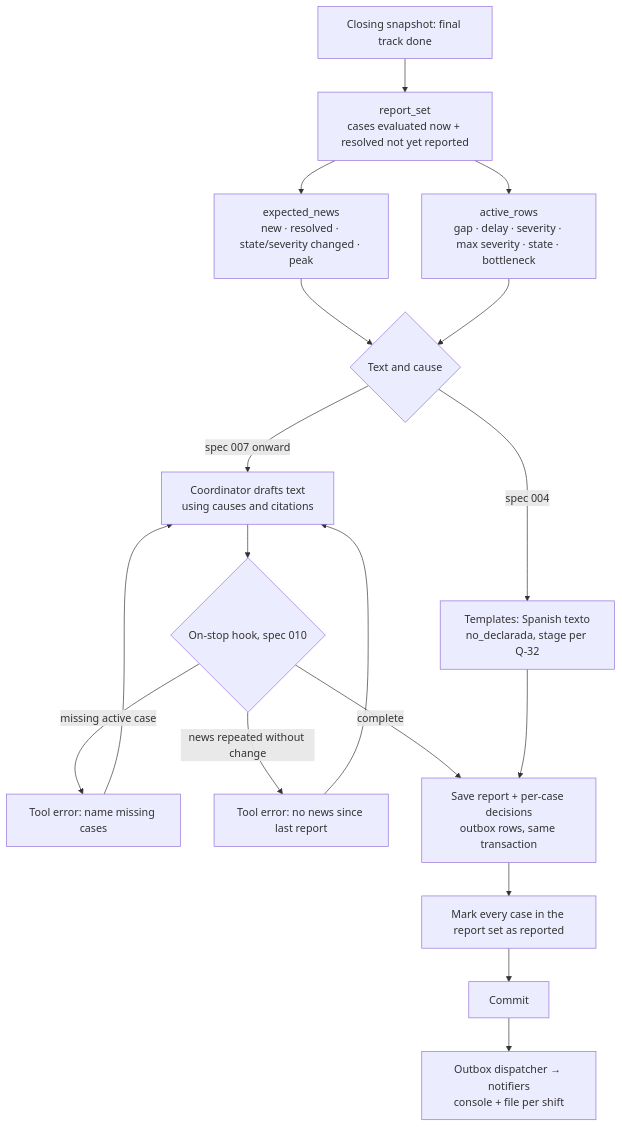
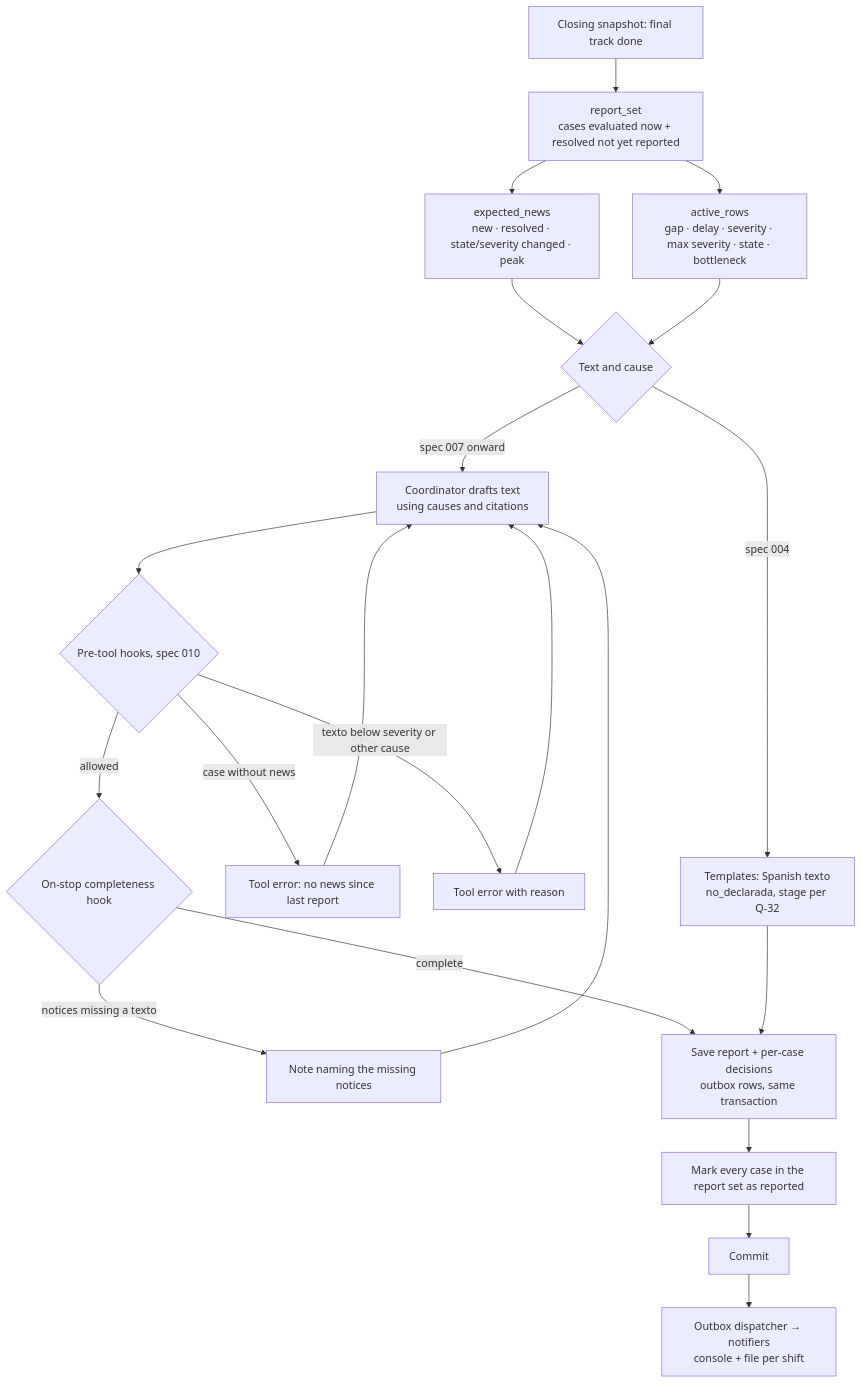
Before and after one commit to mateo-velasquez/Plant-supervisory-agent: the diagram in docs/diagrams/shift-close.md, drawn with Mermaid. The commit also changed other lines of this file and 64 other files, not shown here.

Commit message:
docs(010): structure, agent capabilities, diagrams and roadmap (T11)

````diff
--- a/docs/diagrams/shift-close.md
+++ b/docs/diagrams/shift-close.md
@@ -3,18 +3,20 @@
 ```mermaid
 flowchart TD
     close[Closing snapshot: final track done] --> set[report_set<br/>cases evaluated now + resolved not yet reported]
     set --> news[expected_news<br/>new · resolved · state/severity changed · peak]
     set --> active[active_rows<br/>gap · delay · severity · max severity · state · bottleneck]
     news --> text{Text and cause}
     active --> text
     text -- spec 004 --> tmpl[Templates: Spanish texto<br/>no_declarada, stage per Q-32]
     text -- spec 007 onward --> agent[Coordinator drafts text<br/>using causes and citations]
-    agent --> stop{On-stop hook, spec 010}
-    stop -- missing active case --> reject[Tool error: name missing cases] --> agent
-    stop -- news repeated without change --> reject2[Tool error: no news since last report] --> agent
+    agent --> pre{Pre-tool hooks, spec 010}
+    pre -- case without news --> reject2[Tool error: no news since last report] --> agent
+    pre -- texto below severity or other cause --> reject3[Tool error with reason] --> agent
+    pre -- allowed --> stop{On-stop completeness hook}
+    stop -- notices missing a texto --> reject[Note naming the missing notices] --> agent
     stop -- complete --> save
     tmpl --> save[Save report + per-case decisions<br/>outbox rows, same transaction]
     save --> mark[Mark every case in the report set as reported]
     mark --> commit[Commit]
     commit --> out[Outbox dispatcher → notifiers<br/>console + file per shift]
 ```
````
